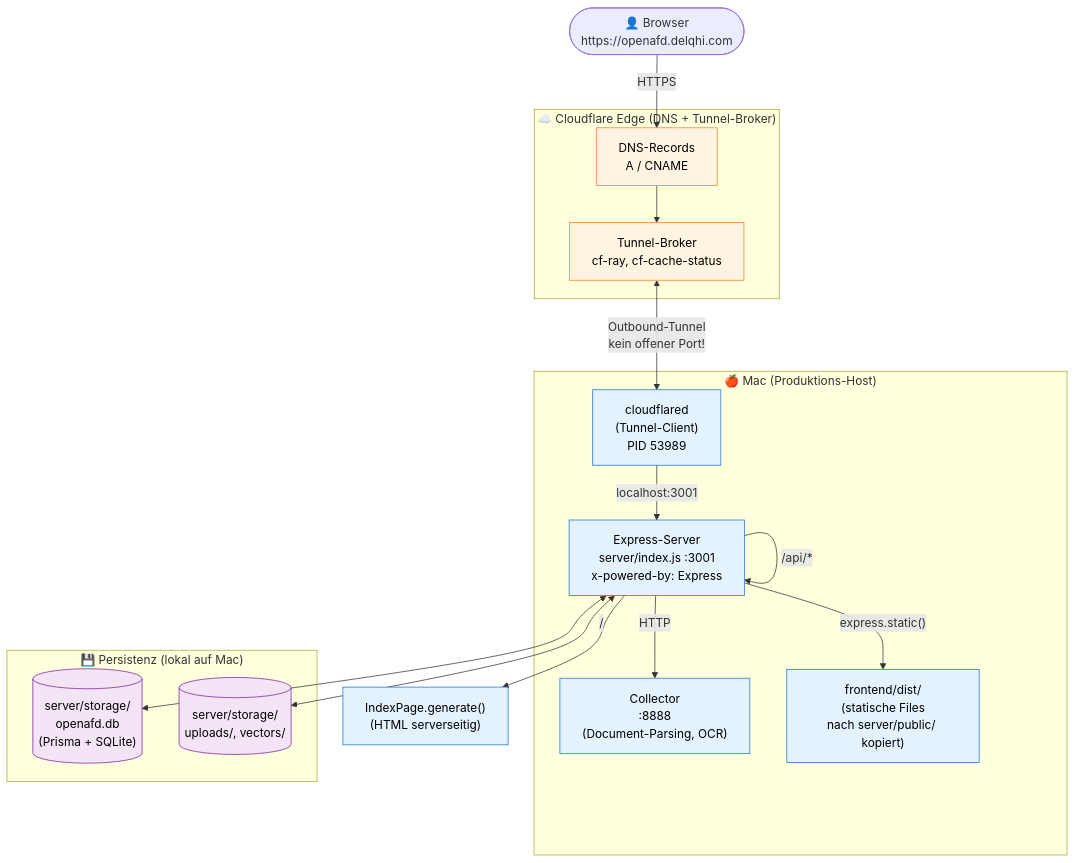
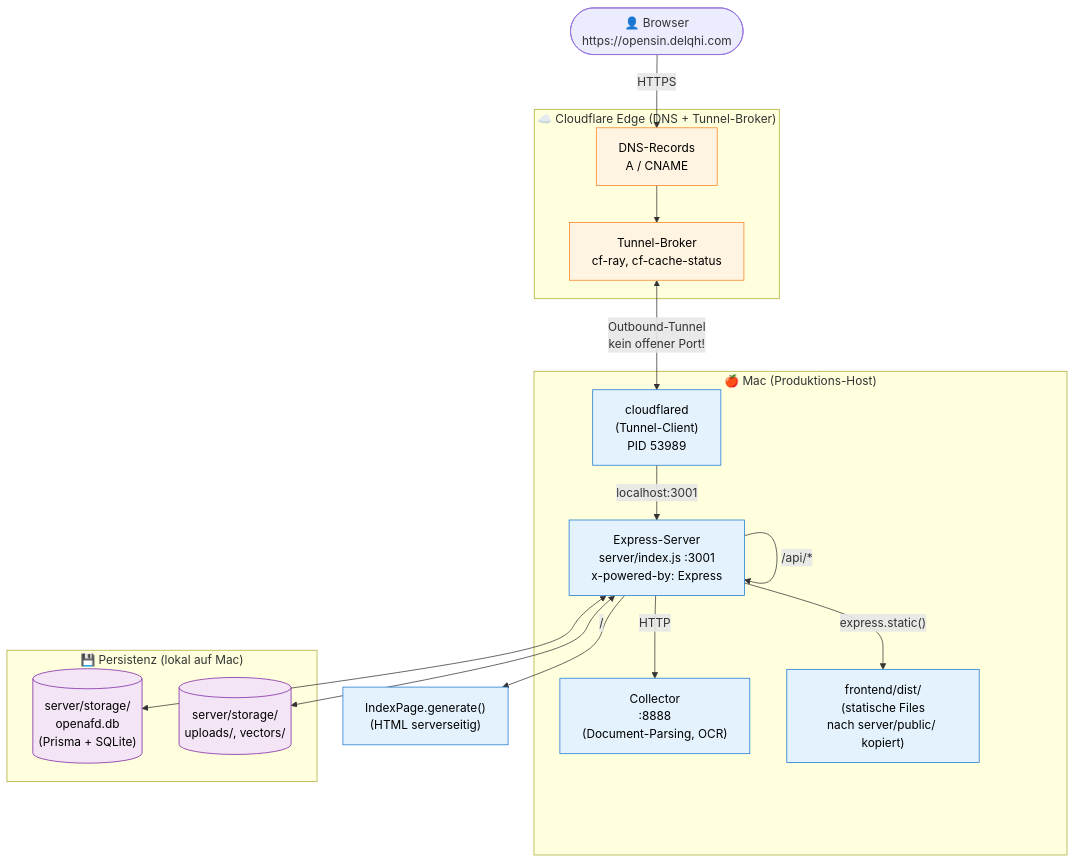
The diagram in README.md (OpenSIN-AI/OpenSIN-Chat), drawn with Mermaid before and after one commit. The commit also changed other lines of this file and 307 other files, not shown here.

````diff
--- a/README.md
+++ b/README.md
@@ -243,39 +243,39 @@
 ```mermaid
 flowchart TB
-    User(["👤 Browser<br/>https://openafd.delqhi.com"])
+    User(["👤 Browser<br/>https://opensin.delqhi.com"])
 
     subgraph Cloudflare["☁️ Cloudflare Edge (DNS + Tunnel-Broker)"]
         DNS["DNS-Records<br/>A / CNAME"]
         Tunnel["Tunnel-Broker<br/>cf-ray, cf-cache-status"]
     end
 
     subgraph Mac["🍎 Mac (Produktions-Host)"]
         Cloudflared["cloudflared<br/>(Tunnel-Client)<br/>PID 53989"]
         Express["Express-Server<br/>server/index.js :3001<br/>x-powered-by: Express"]
         Collector["Collector<br/>:8888<br/>(Document-Parsing, OCR)"]
         Frontend["frontend/dist/<br/>(statische Files<br/>nach server/public/ kopiert)"]
     end
 
     subgraph Data["💾 Persistenz (lokal auf Mac)"]
         SQLite[("server/storage/<br/>openafd.db<br/>(Prisma + SQLite)")]
         Files[("server/storage/<br/>uploads/, vectors/")]
     end
 
     User -->|HTTPS| DNS
     DNS --> Tunnel
     Tunnel <-->|Outbound-Tunnel<br/>kein offener Port!| Cloudflared
     Cloudflared -->|localhost:3001| Express
     Express -->|"/api/*"| Express
     Express -->|"/"| IndexPage["IndexPage.generate()<br/>(HTML serverseitig)"]
     Express -->|"express.static()"| Frontend
     Express -->|HTTP| Collector
     Express <--> SQLite
     Express <--> Files
 
     classDef cloud fill:#fff4e1,stroke:#f48120,color:#000
     classDef mac fill:#e3f2fd,stroke:#1976d2,color:#000
     classDef data fill:#f3e5f5,stroke:#7b1fa2,color:#000
     class DNS,Tunnel cloud
     class Cloudflared,Express,Collector,Frontend,IndexPage mac
     class SQLite,Files data
 ```
````
